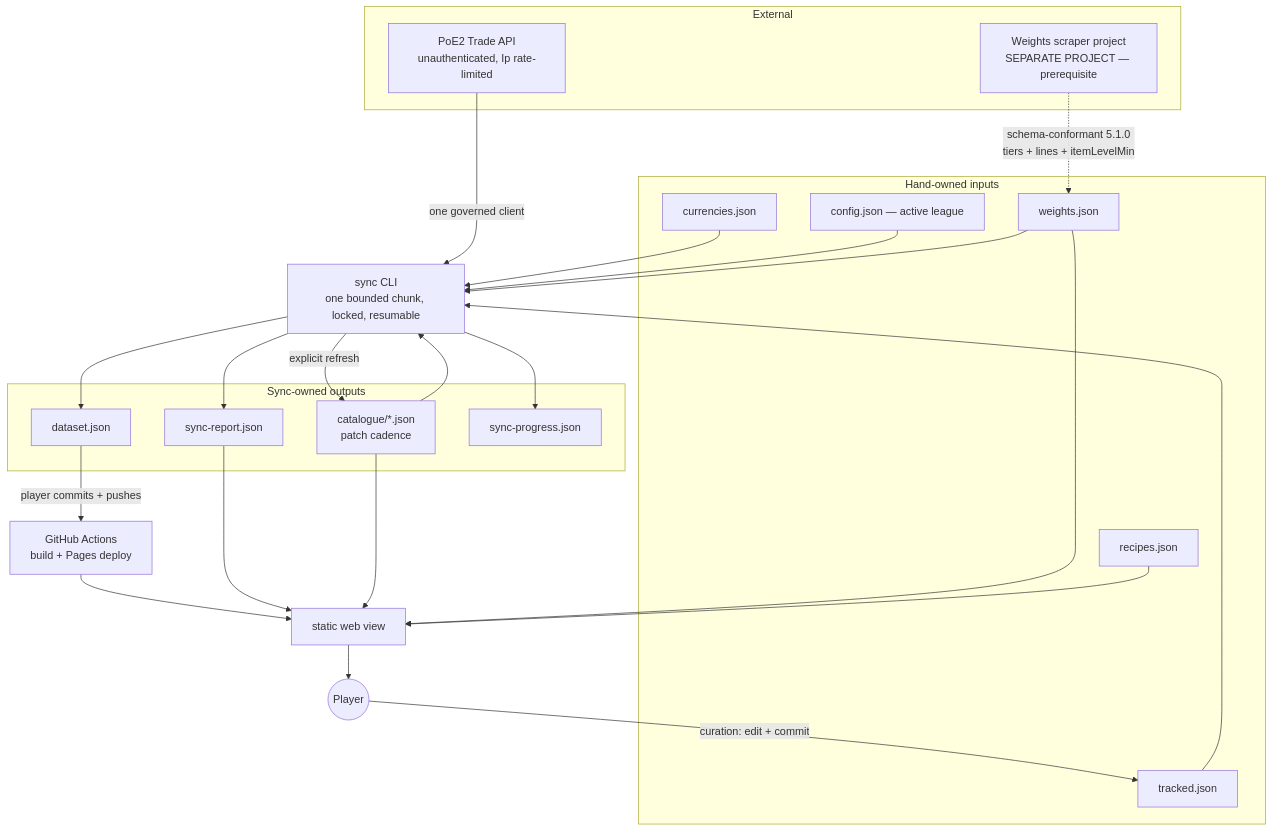
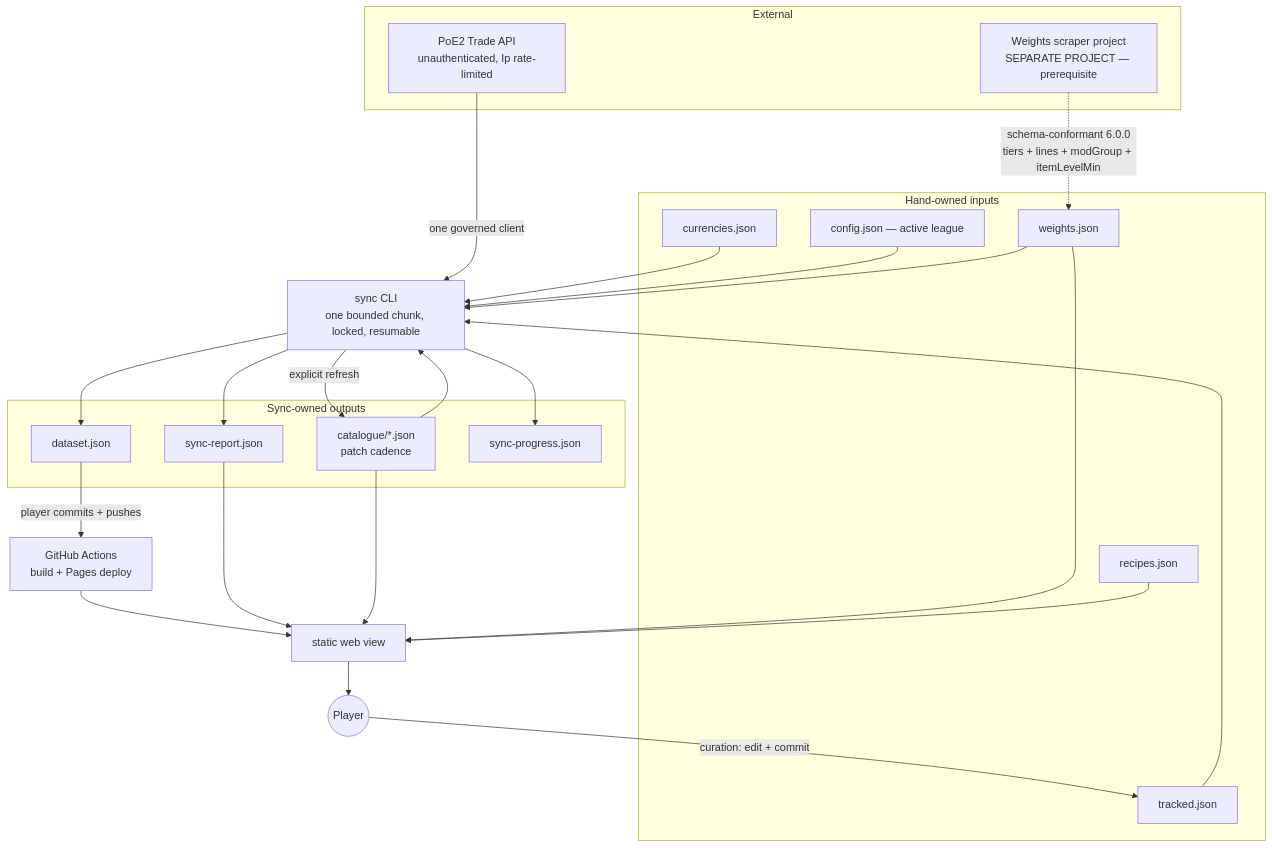
Before and after one commit to Dragsaw/poe-crafting-base-price-checker: the second of 3 diagrams in docs/architecture/architecture-poe-crafting-base-price-checker-2026-09-12/ARCHITECTURE-SPINE.md, drawn with Mermaid. The commit also changed other lines of this file and 10 other files, not shown here.

````diff
--- a/docs/architecture/architecture-poe-crafting-base-price-checker-2026-09-12/ARCHITECTURE-SPINE.md
+++ b/docs/architecture/architecture-poe-crafting-base-price-checker-2026-09-12/ARCHITECTURE-SPINE.md
@@ -1718,47 +1737,47 @@
 ```mermaid
 graph TB
   subgraph external[External]
     trade[PoE2 Trade API<br/>unauthenticated, Ip rate-limited]
     producer[Weights scraper project<br/>SEPARATE PROJECT — prerequisite]
   end
 
   subgraph inputs[Hand-owned inputs]
     tracked[tracked.json]
     currencies[currencies.json]
     recipes[recipes.json]
     config[config.json — active league]
     weights[weights.json]
   end
 
   subgraph outputs[Sync-owned outputs]
     catalogue[catalogue/*.json<br/>patch cadence]
     dataset[dataset.json]
     report[sync-report.json]
     progress[sync-progress.json]
   end
 
   sync[sync CLI<br/>one bounded chunk, locked, resumable]
   pages[GitHub Actions<br/>build + Pages deploy]
   web[static web view]
   player((Player))
 
   trade -->|one governed client| sync
   tracked --> sync
   currencies --> sync
   config --> sync
   catalogue --> sync
   weights --> sync
   sync -->|explicit refresh| catalogue
   sync --> dataset
   sync --> report
   sync --> progress
-  producer -.->|schema-conformant 5.1.0<br/>tiers + lines + itemLevelMin| weights
+  producer -.->|schema-conformant 6.0.0<br/>tiers + lines + modGroup + itemLevelMin| weights
   dataset -->|player commits + pushes| pages
   pages --> web
   weights --> web
   recipes --> web
   report --> web
   catalogue --> web
   web --> player
   player -->|curation: edit + commit| tracked
 ```
````
